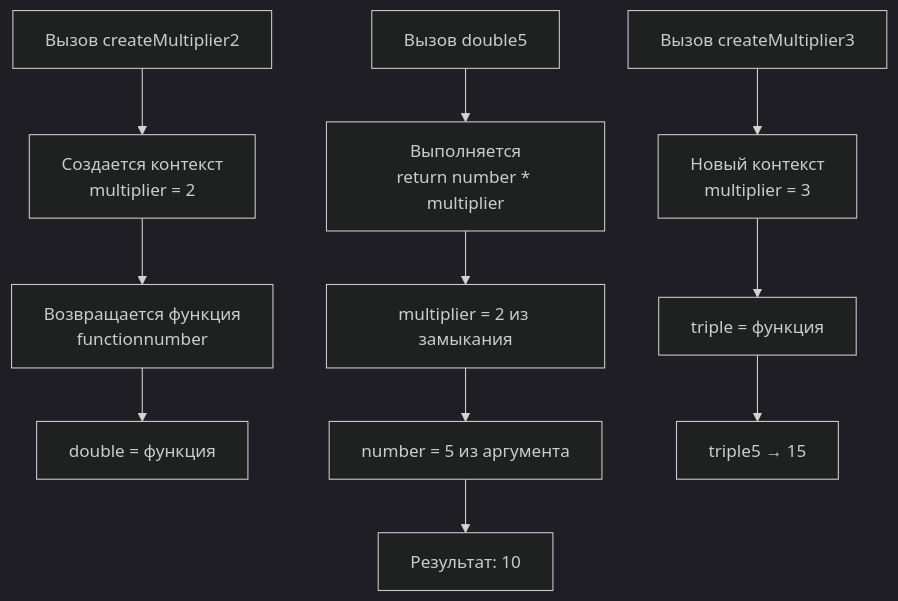
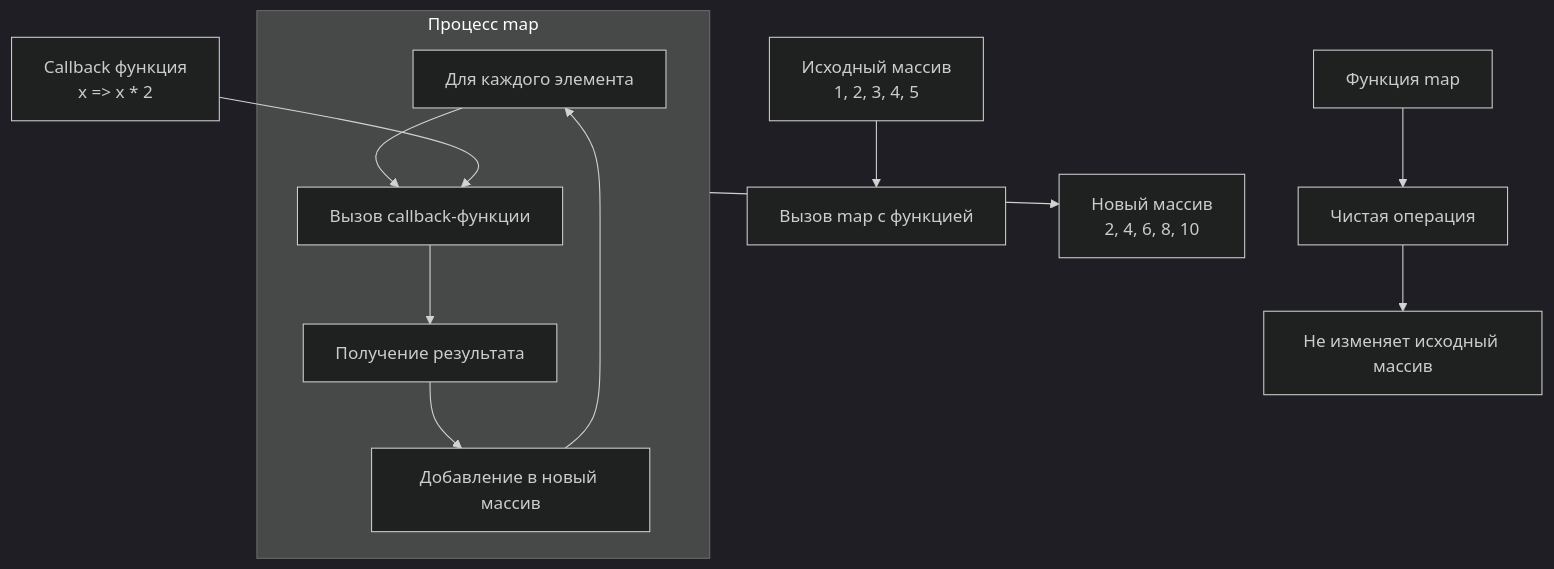
One commit to softboxdev/javascript_frameworks changed the fifth of 10 diagrams in module_001/high_order_functions_diagrams.md. Above: the diagram before and after it, drawn with Mermaid (dark theme). The commit also changed other lines of this file, not shown here.

````diff
--- a/module_001/high_order_functions_diagrams.md
+++ b/module_001/high_order_functions_diagrams.md
@@ -88,15 +122,23 @@
 ```mermaid
 flowchart TD
-    A[Вызов createMultiplier2] --> B[Создается контекст<br/>multiplier = 2]
-    B --> C[Возвращается функция<br/>functionnumber]
-    C --> D[double = функция]
+    A[Исходный массив<br/>1, 2, 3, 4, 5] --> B[Вызов map с функцией]
     
-    E[Вызов double5] --> F[Выполняется<br/>return number * multiplier]
-    F --> G[multiplier = 2 из замыкания]
-    G --> H[number = 5 из аргумента]
-    H --> I[Результат: 10]
+    subgraph C [Процесс map]
+        D[Для каждого элемента]
+        E[Вызов callback-функции]
+        F[Получение результата]
+        G[Добавление в новый массив]
+    end
     
-    J[Вызов createMultiplier3] --> K[Новый контекст<br/>multiplier = 3]
-    K --> L[triple = функция]
-    L --> M[triple5 → 15]
+    D --> E
+    E --> F
+    F --> G
+    G --> D
+    
+    H[Callback функция<br/>x => x * 2] --> E
+    
+    C --> I[Новый массив<br/>2, 4, 6, 8, 10]
+    
+    J[Функция map] --> K[Чистая операция]
+    K --> L[Не изменяет исходный массив]
 ```
````
